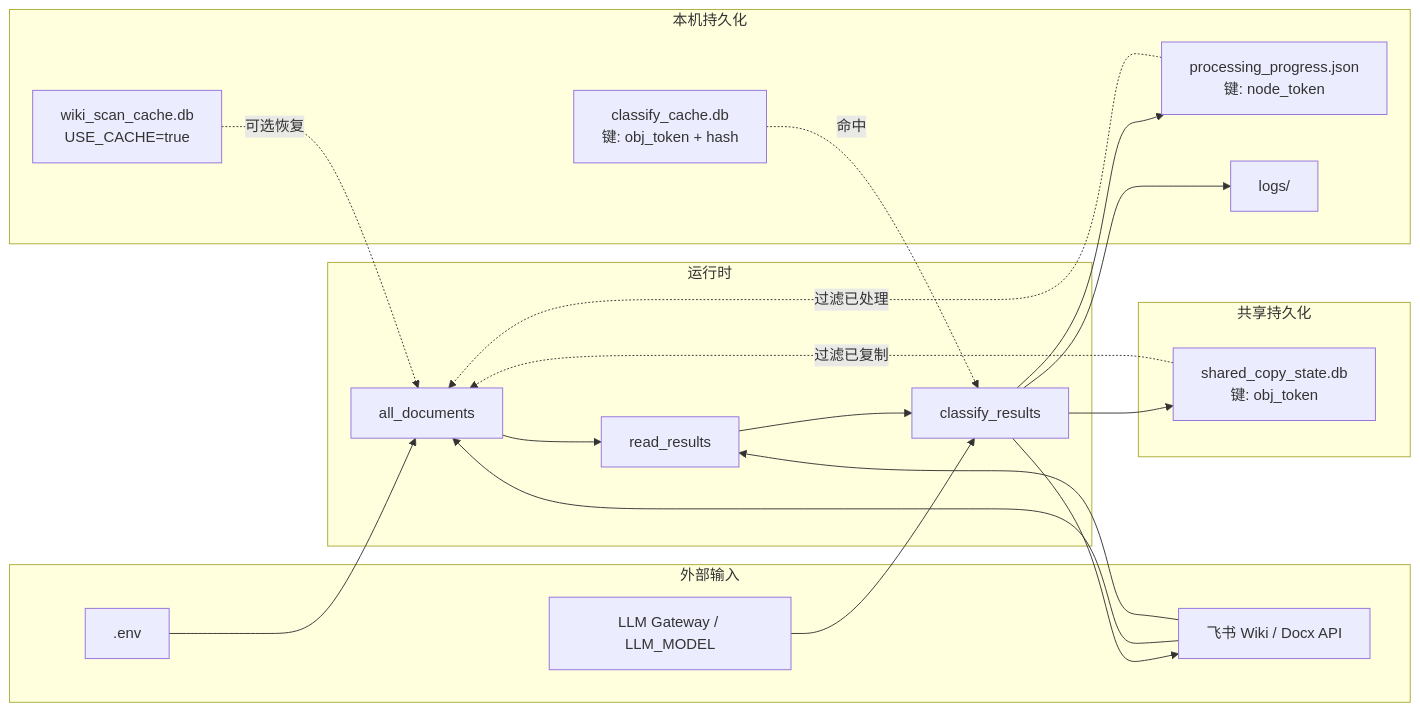
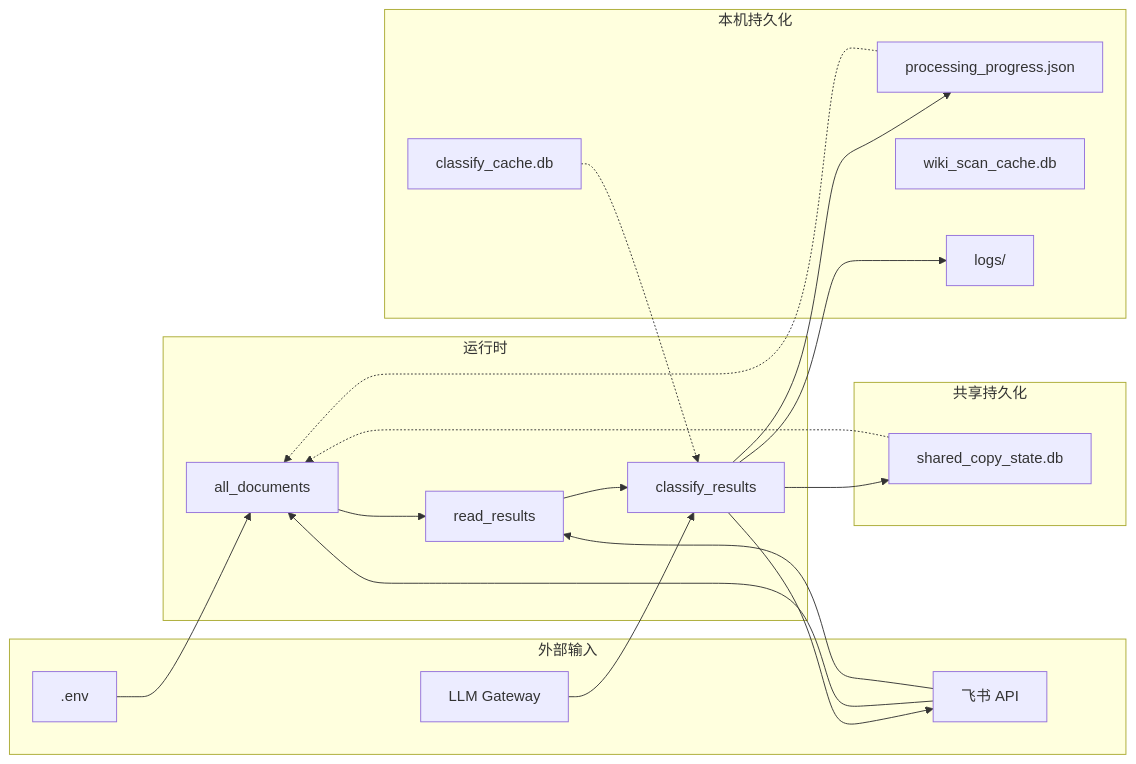
Diagram 11 of 11 in docs/AI_DocClassifier说明文档.md (Leonard49/AI_DocClassifier), drawn with Mermaid before and after one commit. The commit also changed other lines of this file and 1 other file, not shown here.

First line of the commit message:
Fix Mermaid flowcharts in docs and enable preview in workspace settings.

````diff
--- a/docs/AI_DocClassifier说明文档.md
+++ b/docs/AI_DocClassifier说明文档.md
@@ -840,42 +835,39 @@
 ```mermaid
 flowchart LR
     subgraph INPUT["外部输入"]
         ENV[".env"]
-        FEISHU["飞书 Wiki / Docx API"]
-        LLM["LLM Gateway / LLM_MODEL"]
+        FEISHU["飞书 API"]
+        LLM["LLM Gateway"]
     end
 
     subgraph RUNTIME["运行时"]
         DOCS["all_documents"]
         READ["read_results"]
         TAGS["classify_results"]
     end
 
     subgraph LOCAL["本机持久化"]
-        PP["processing_progress.json<br/>键: node_token"]
-        CC["classify_cache.db<br/>键: obj_token + hash"]
-        WC["wiki_scan_cache.db<br/>USE_CACHE=true"]
+        PP["processing_progress.json"]
+        CC["classify_cache.db"]
+        WC["wiki_scan_cache.db"]
         LOG["logs/"]
     end
 
     subgraph SHARED["共享持久化"]
-        SS["shared_copy_state.db<br/>键: obj_token"]
+        SS["shared_copy_state.db"]
     end
 
     ENV --> DOCS
     FEISHU --> DOCS
-    WC -.->|可选恢复| DOCS
-    PP -.->|过滤已处理| DOCS
-    SS -.->|过滤已复制| DOCS
-
+    PP -.-> DOCS
+    SS -.-> DOCS
     DOCS --> READ
     FEISHU --> READ
     READ --> TAGS
-    CC -.->|命中| TAGS
+    CC -.-> TAGS
     LLM --> TAGS
-
     TAGS --> FEISHU
     TAGS --> PP
     TAGS --> SS
     TAGS --> LOG
 ```
````
